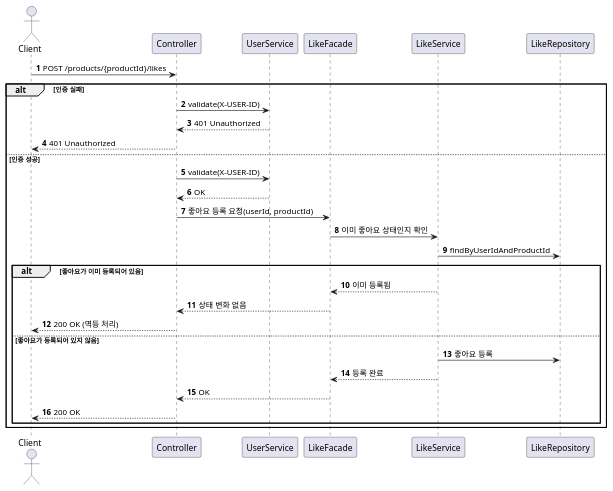
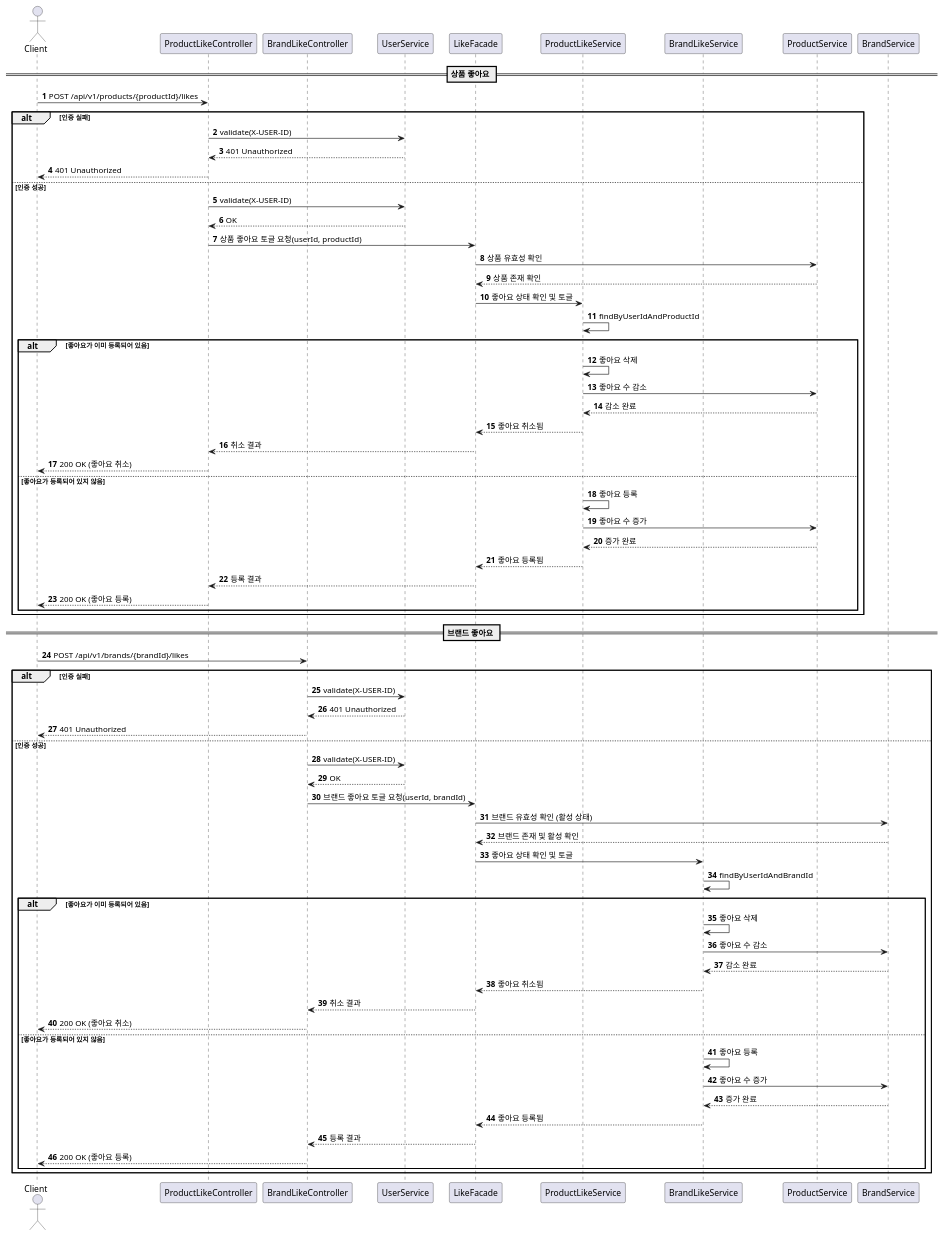
Before and after one commit to Loopers-dev-lab/loopers-spring-java-template: the diagram in docs/design/sequence/like.puml, drawn with PlantUML. The commit also changed other lines of this file and 14 other files, not shown here.

```diff
--- a/docs/design/sequence/like.puml
+++ b/docs/design/sequence/like.puml
@@ -1,34 +1,84 @@
 @startuml
 'https://plantuml.com/sequence-diagram
 
 autonumber
+
 actor Client
-participant Controller
+participant ProductLikeController
+participant BrandLikeController
 participant UserService
 participant LikeFacade
-participant LikeService
-participant LikeRepository
+participant ProductLikeService
+participant BrandLikeService
+participant ProductService
+participant BrandService
 
-Client -> Controller : POST /products/{productId}/likes
+== 상품 좋아요 ==
+Client -> ProductLikeController : POST /api/v1/products/{productId}/likes
 alt 인증 실패
-    Controller -> UserService : validate(X-USER-ID)
-    UserService --> Controller : 401 Unauthorized
-    Controller --> Client : 401 Unauthorized
+    ProductLikeController -> UserService : validate(X-USER-ID)
+    UserService --> ProductLikeController : 401 Unauthorized
+    ProductLikeController --> Client : 401 Unauthorized
 else 인증 성공
-    Controller -> UserService : validate(X-USER-ID)
-    UserService --> Controller : OK
-    Controller -> LikeFacade : 좋아요 등록 요청(userId, productId)
-    LikeFacade -> LikeService : 이미 좋아요 상태인지 확인
-    LikeService -> LikeRepository : findByUserIdAndProductId
+    ProductLikeController -> UserService : validate(X-USER-ID)
+    UserService --> ProductLikeController : OK
+    ProductLikeController -> LikeFacade : 상품 좋아요 토글 요청(userId, productId)
+    
+    LikeFacade -> ProductService : 상품 유효성 확인
+    ProductService --> LikeFacade : 상품 존재 확인
+    
+    LikeFacade -> ProductLikeService : 좋아요 상태 확인 및 토글
+    ProductLikeService -> ProductLikeService : findByUserIdAndProductId
+    
     alt 좋아요가 이미 등록되어 있음
-        LikeService --> LikeFacade : 이미 등록됨
-        LikeFacade --> Controller : 상태 변화 없음
-        Controller --> Client : 200 OK (멱등 처리)
+        ProductLikeService -> ProductLikeService : 좋아요 삭제
+        ProductLikeService -> ProductService : 좋아요 수 감소
+        ProductService --> ProductLikeService : 감소 완료
+        ProductLikeService --> LikeFacade : 좋아요 취소됨
+        LikeFacade --> ProductLikeController : 취소 결과
+        ProductLikeController --> Client : 200 OK (좋아요 취소)
     else 좋아요가 등록되어 있지 않음
-        LikeService -> LikeRepository : 좋아요 등록
-        LikeService --> LikeFacade : 등록 완료
-        LikeFacade --> Controller : OK
-        Controller --> Client : 200 OK
+        ProductLikeService -> ProductLikeService : 좋아요 등록
+        ProductLikeService -> ProductService : 좋아요 수 증가
+        ProductService --> ProductLikeService : 증가 완료
+        ProductLikeService --> LikeFacade : 좋아요 등록됨
+        LikeFacade --> ProductLikeController : 등록 결과
+        ProductLikeController --> Client : 200 OK (좋아요 등록)
     end
 end
+
+== 브랜드 좋아요 ==
+Client -> BrandLikeController : POST /api/v1/brands/{brandId}/likes
+alt 인증 실패
+    BrandLikeController -> UserService : validate(X-USER-ID)
+    UserService --> BrandLikeController : 401 Unauthorized
+    BrandLikeController --> Client : 401 Unauthorized
+else 인증 성공
+    BrandLikeController -> UserService : validate(X-USER-ID)
+    UserService --> BrandLikeController : OK
+    BrandLikeController -> LikeFacade : 브랜드 좋아요 토글 요청(userId, brandId)
+    
+    LikeFacade -> BrandService : 브랜드 유효성 확인 (활성 상태)
+    BrandService --> LikeFacade : 브랜드 존재 및 활성 확인
+    
+    LikeFacade -> BrandLikeService : 좋아요 상태 확인 및 토글
+    BrandLikeService -> BrandLikeService : findByUserIdAndBrandId
+    
+    alt 좋아요가 이미 등록되어 있음
+        BrandLikeService -> BrandLikeService : 좋아요 삭제
+        BrandLikeService -> BrandService : 좋아요 수 감소
+        BrandService --> BrandLikeService : 감소 완료
+        BrandLikeService --> LikeFacade : 좋아요 취소됨
+        LikeFacade --> BrandLikeController : 취소 결과
+        BrandLikeController --> Client : 200 OK (좋아요 취소)
+    else 좋아요가 등록되어 있지 않음
+        BrandLikeService -> BrandLikeService : 좋아요 등록
+        BrandLikeService -> BrandService : 좋아요 수 증가
+        BrandService --> BrandLikeService : 증가 완료
+        BrandLikeService --> LikeFacade : 좋아요 등록됨
+        LikeFacade --> BrandLikeController : 등록 결과
+        BrandLikeController --> Client : 200 OK (좋아요 등록)
+    end
+end
+
 @enduml
```
